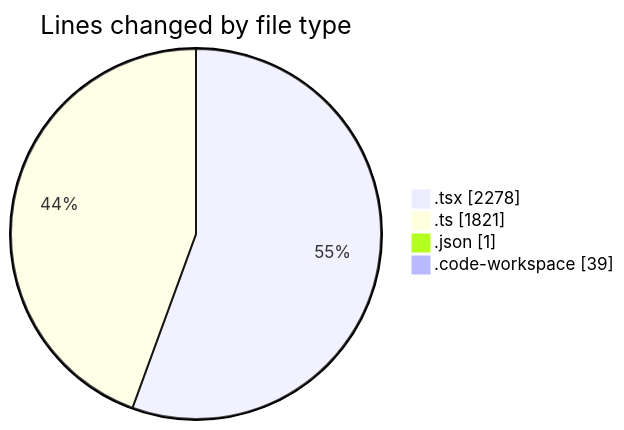
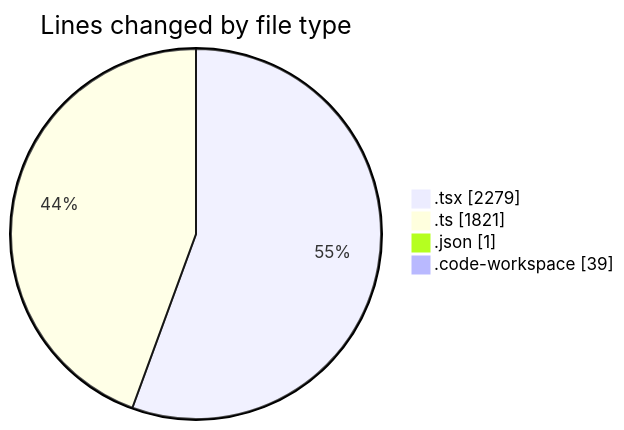
Before and after one commit to julien-gomy/code-tracking: the first of 2 diagrams in 2025-10-08/eventscop-frontend-guide__workspace_/README.md, drawn with Mermaid. The commit also changed other lines of this file and 1 other file, not shown here.

````diff
--- a/2025-10-08/eventscop-frontend-guide__workspace_/README.md
+++ b/2025-10-08/eventscop-frontend-guide__workspace_/README.md
@@ -36,8 +36,8 @@
 ```mermaid
 pie showData
 title Lines changed by file type
-".tsx" : 2278
+".tsx" : 2279
 ".ts" : 1821
 ".json" : 1
 ".code-workspace" : 39
 ```
````
